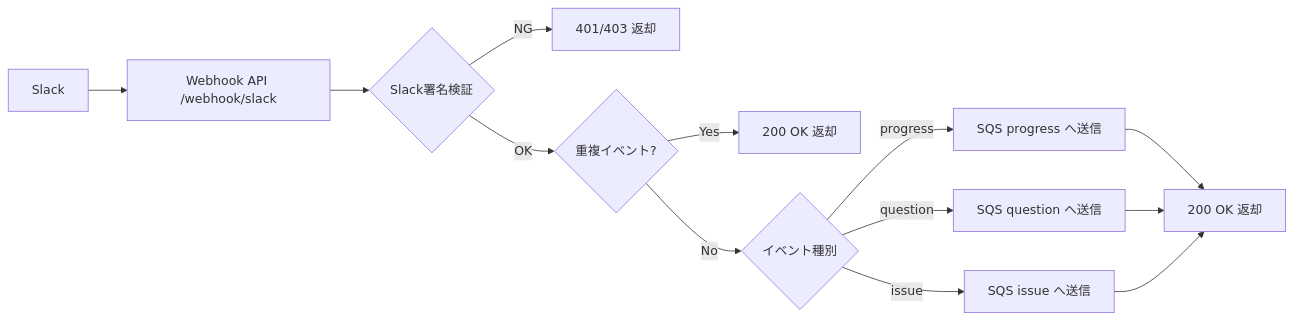
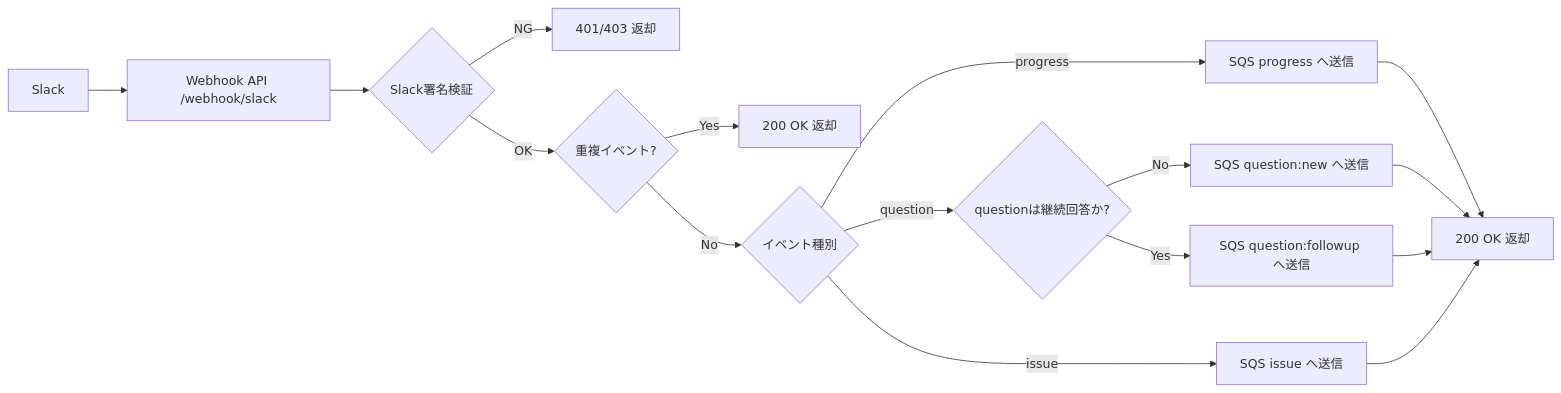
Before and after one commit to Asheze1127/progress-checker: the first of 10 diagrams in docs/details/process-flow.md, drawn with Mermaid. The commit also changed other lines of this file, not shown here.

Commit message:
update question section logic

````diff
--- a/docs/details/process-flow.md
+++ b/docs/details/process-flow.md
@@ -23,15 +24,22 @@
 ```mermaid
 flowchart LR
     S[Slack] --> API[Webhook API /webhook/slack]
     API --> V{Slack署名検証}
     V -->|NG| E1[401/403 返却]
     V -->|OK| D{重複イベント?}
     D -->|Yes| A1[200 OK 返却]
     D -->|No| R{イベント種別}
+
     R -->|progress| QP[SQS progress へ送信]
-    R -->|question| QQ[SQS question へ送信]
+
+    R -->|question| QCHK{questionは継続回答か?}
+    QCHK -->|No| QN[SQS question:new へ送信]
+    QCHK -->|Yes| QF[SQS question:followup へ送信]
+
     R -->|issue| QI[SQS issue へ送信]
+
     QP --> A2[200 OK 返却]
-    QQ --> A2
+    QN --> A2
+    QF --> A2
     QI --> A2
 ```
````
